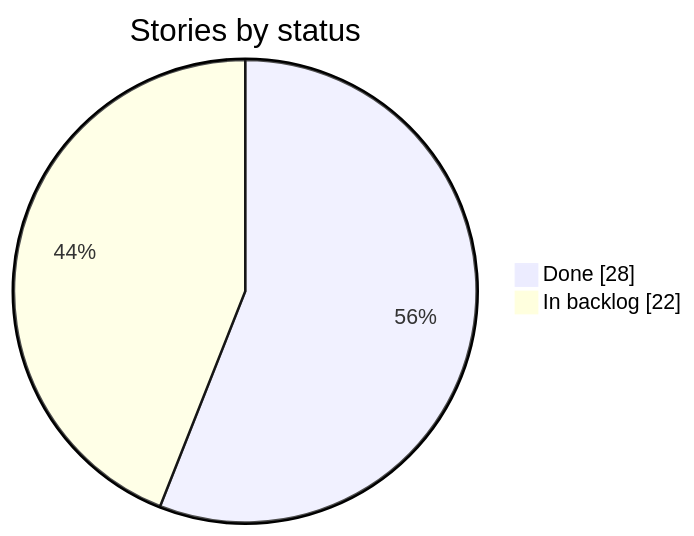
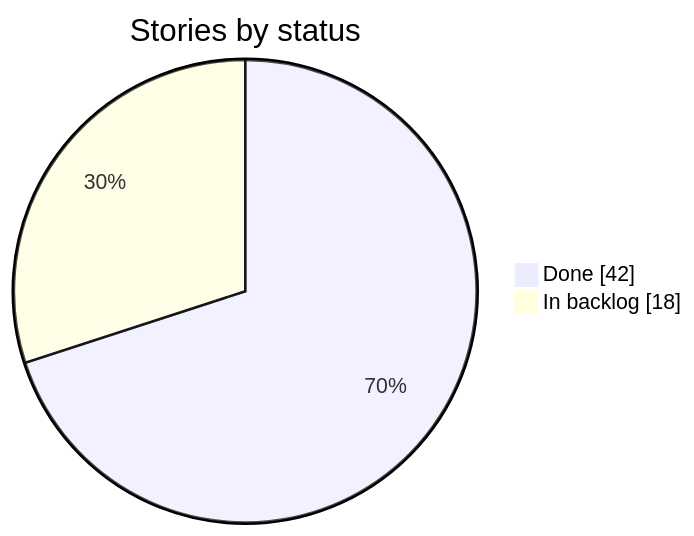
The second of 2 diagrams in DASHBOARD.md (carloshumbertoreyesortiz/agentic-sdlc-pilot), drawn with Mermaid before and after one commit. The commit also changed other lines of this file and 1 other file, not shown here.

````diff
--- a/DASHBOARD.md
+++ b/DASHBOARD.md
@@ -73,6 +74,6 @@
 ```mermaid
 pie showData
     title Stories by status
-    "Done" : 28
-    "In backlog" : 22
+    "Done" : 42
+    "In backlog" : 18
 ```
````
